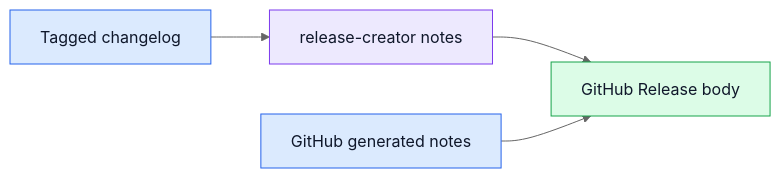
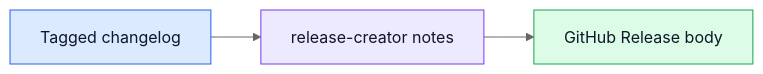
One commit to gaborbernat/release-creator changed the diagram in docs/explanation/release-data.rst. Above: the diagram before and after it, drawn with Mermaid (neutral theme). The commit also changed other lines of this file and 88 other files, not shown here.

```diff
--- a/docs/explanation/release-data.rst
+++ b/docs/explanation/release-data.rst
@@ -9,15 +9,14 @@
 .. mermaid::
-    :alt: The tagged changelog section and GitHub generated notes together form the GitHub Release body.
+    :alt: The tagged changelog provides changes and authors.
     :caption: Sources for a GitHub Release body
     :align: center
 
     flowchart LR
-       changelog["Tagged changelog"] --> notes["release-creator notes"]
-       notes --> release["GitHub Release body"]
-       generated["GitHub generated notes"] --> release
+       changelog["Tagged changelog"] --> render["release-creator notes"]
+       render --> release["GitHub Release body"]
        classDef source fill:#dbeafe,stroke:#2563eb,color:#0f172a;
        classDef step fill:#ede9fe,stroke:#7c3aed,color:#0f172a;
        classDef result fill:#dcfce7,stroke:#16a34a,color:#0f172a;
-       class changelog,generated source;
-       class notes step;
+       class changelog source;
+       class render step;
        class release result;
```
